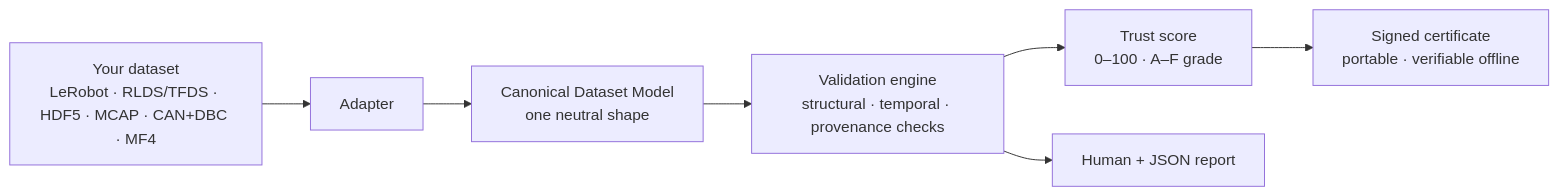
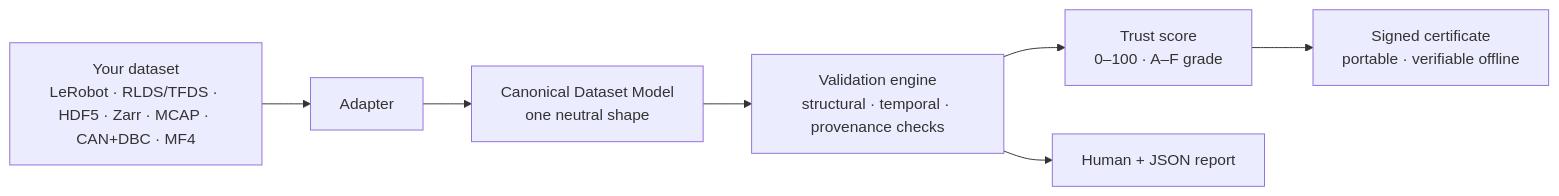
The first of 2 diagrams in README.md (clay-good/veridex), drawn with Mermaid before and after one commit. The commit also changed other lines of this file and 156 other files, not shown here.

````diff
--- a/README.md
+++ b/README.md
@@ -57,9 +57,9 @@
 ```mermaid
 flowchart LR
-    A[Your dataset<br/>LeRobot · RLDS/TFDS · HDF5 · MCAP · CAN+DBC · MF4] --> B[Adapter]
+    A[Your dataset<br/>LeRobot · RLDS/TFDS · HDF5 · Zarr · MCAP · CAN+DBC · MF4] --> B[Adapter]
     B --> C[Canonical Dataset Model<br/>one neutral shape]
     C --> D[Validation engine<br/>structural · temporal · provenance checks]
     D --> E[Trust score<br/>0–100 · A–F grade]
     E --> F[Signed certificate<br/>portable · verifiable offline]
     D --> G[Human + JSON report]
 ```
````
